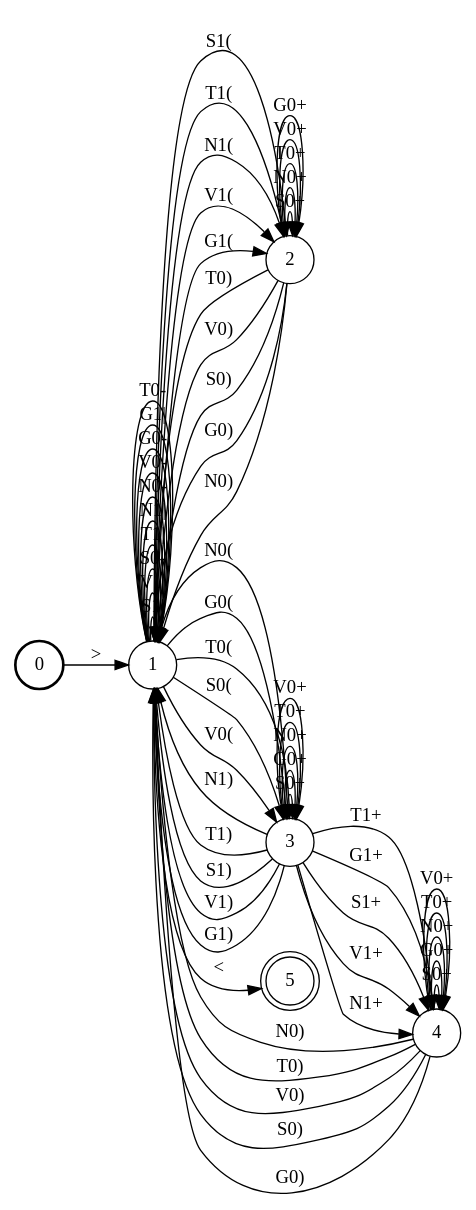
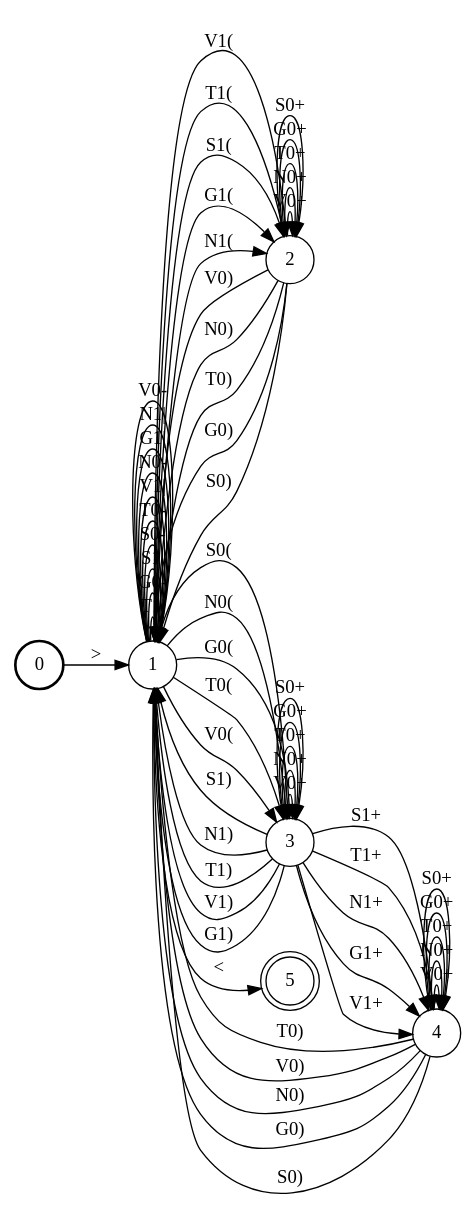
Before and after one commit to colincwilson/statgram: the diagram in demo/nasal_spreading/Tier_nasal.dot, drawn with Graphviz. The commit also changed other lines of this file and 7 other files, not shown here.

```diff
--- a/demo/nasal_spreading/Tier_nasal.dot
+++ b/demo/nasal_spreading/Tier_nasal.dot
@@ -1,67 +1,67 @@
 digraph G {
 rankdir=LR;
 node [shape=circle]
 0 [style=bold label="0"]
 1 [label="1"]
 2 [label="2"]
 3 [label="3"]
 4 [label="4"]
 5 [shape=doublecircle label="5"]
+4 -> 1 [label="T0)"]
+1 -> 1 [label="T1|"]
+2 -> 2 [label="V0+"]
+3 -> 4 [label="S1+"]
+3 -> 3 [label="V0+"]
+1 -> 3 [label="S0("]
+4 -> 4 [label="V0+"]
+3 -> 1 [label="S1)"]
+1 -> 1 [label="G0-"]
 1 -> 1 [label="S1|"]
+3 -> 4 [label="T1+"]
+2 -> 2 [label="N0+"]
+1 -> 2 [label="V1("]
+3 -> 3 [label="N0+"]
+1 -> 3 [label="N0("]
+4 -> 4 [label="N0+"]
+1 -> 3 [label="G0("]
+2 -> 1 [label="V0)"]
+1 -> 2 [label="T1("]
+4 -> 1 [label="V0)"]
+3 -> 4 [label="N1+"]
+1 -> 1 [label="S0-"]
+2 -> 2 [label="T0+"]
+1 -> 2 [label="S1("]
+3 -> 3 [label="T0+"]
+2 -> 1 [label="N0)"]
+4 -> 4 [label="T0+"]
+2 -> 1 [label="T0)"]
 4 -> 1 [label="N0)"]
-1 -> 2 [label="S1("]
+1 -> 1 [label="T0-"]
 1 -> 1 [label="V1|"]
-1 -> 2 [label="T1("]
-1 -> 3 [label="N0("]
-2 -> 1 [label="T0)"]
-2 -> 1 [label="V0)"]
-4 -> 1 [label="T0)"]
-4 -> 1 [label="V0)"]
+1 -> 1 [label="N0-"]
+3 -> 4 [label="G1+"]
+3 -> 1 [label="N1)"]
+1 -> 2 [label="G1("]
+3 -> 1 [label="T1)"]
+2 -> 2 [label="G0+"]
+3 -> 1 [label="V1)"]
+3 -> 3 [label="G0+"]
+2 -> 1 [label="G0)"]
+4 -> 4 [label="G0+"]
+4 -> 1 [label="G0)"]
+1 -> 3 [label="T0("]
+2 -> 2 [label="S0+"]
+1 -> 3 [label="V0("]
+3 -> 3 [label="S0+"]
+1 -> 2 [label="N1("]
+4 -> 4 [label="S0+"]
+1 -> 1 [label="G1|"]
 2 -> 1 [label="S0)"]
-2 -> 2 [label="S0+"]
 4 -> 1 [label="S0)"]
-3 -> 3 [label="S0+"]
-1 -> 1 [label="S0-"]
-3 -> 1 [label="N1)"]
-4 -> 4 [label="S0+"]
-1 -> 2 [label="N1("]
-1 -> 3 [label="G0("]
-1 -> 2 [label="V1("]
-3 -> 4 [label="T1+"]
-1 -> 1 [label="T1|"]
+3 -> 1 [label="G1)"]
 1 -> 1 [label="N1|"]
-1 -> 2 [label="G1("]
-1 -> 1 [label="N0-"]
-3 -> 1 [label="T1)"]
-3 -> 1 [label="S1)"]
-2 -> 1 [label="G0)"]
-4 -> 1 [label="G0)"]
 1 -> 5 [label="<"]
-3 -> 4 [label="G1+"]
+1 -> 1 [label="V0-"]
 0 -> 1 [label=">"]
-3 -> 1 [label="V1)"]
-1 -> 1 [label="V0-"]
-3 -> 4 [label="S1+"]
-1 -> 1 [label="G0-"]
-2 -> 2 [label="N0+"]
-3 -> 3 [label="G0+"]
-3 -> 3 [label="N0+"]
-4 -> 4 [label="G0+"]
-4 -> 4 [label="N0+"]
-2 -> 2 [label="T0+"]
-1 -> 3 [label="T0("]
-3 -> 3 [label="T0+"]
-2 -> 2 [label="V0+"]
-2 -> 2 [label="G0+"]
-3 -> 3 [label="V0+"]
-4 -> 4 [label="T0+"]
-4 -> 4 [label="V0+"]
 3 -> 4 [label="V1+"]
-3 -> 4 [label="N1+"]
-1 -> 1 [label="G1|"]
-3 -> 1 [label="G1)"]
-1 -> 3 [label="S0("]
-1 -> 3 [label="V0("]
-1 -> 1 [label="T0-"]
-2 -> 1 [label="N0)"]
 }
```
